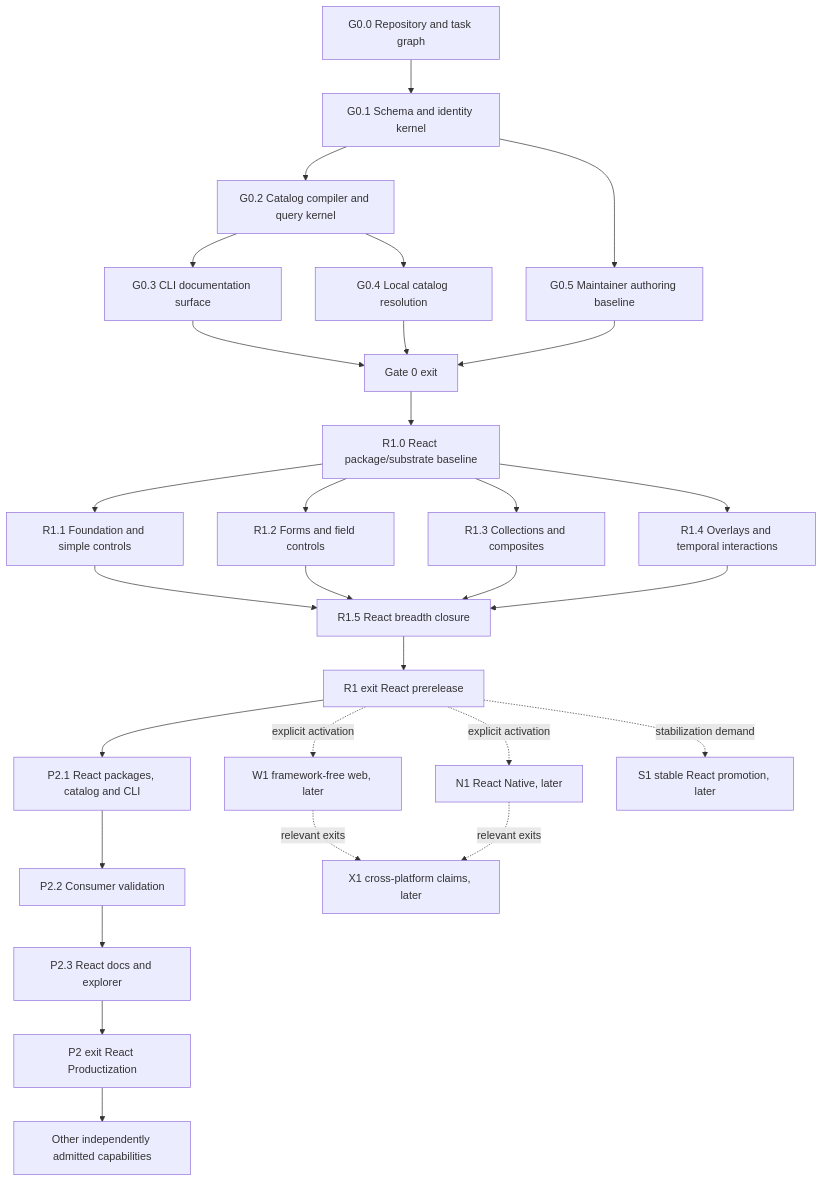
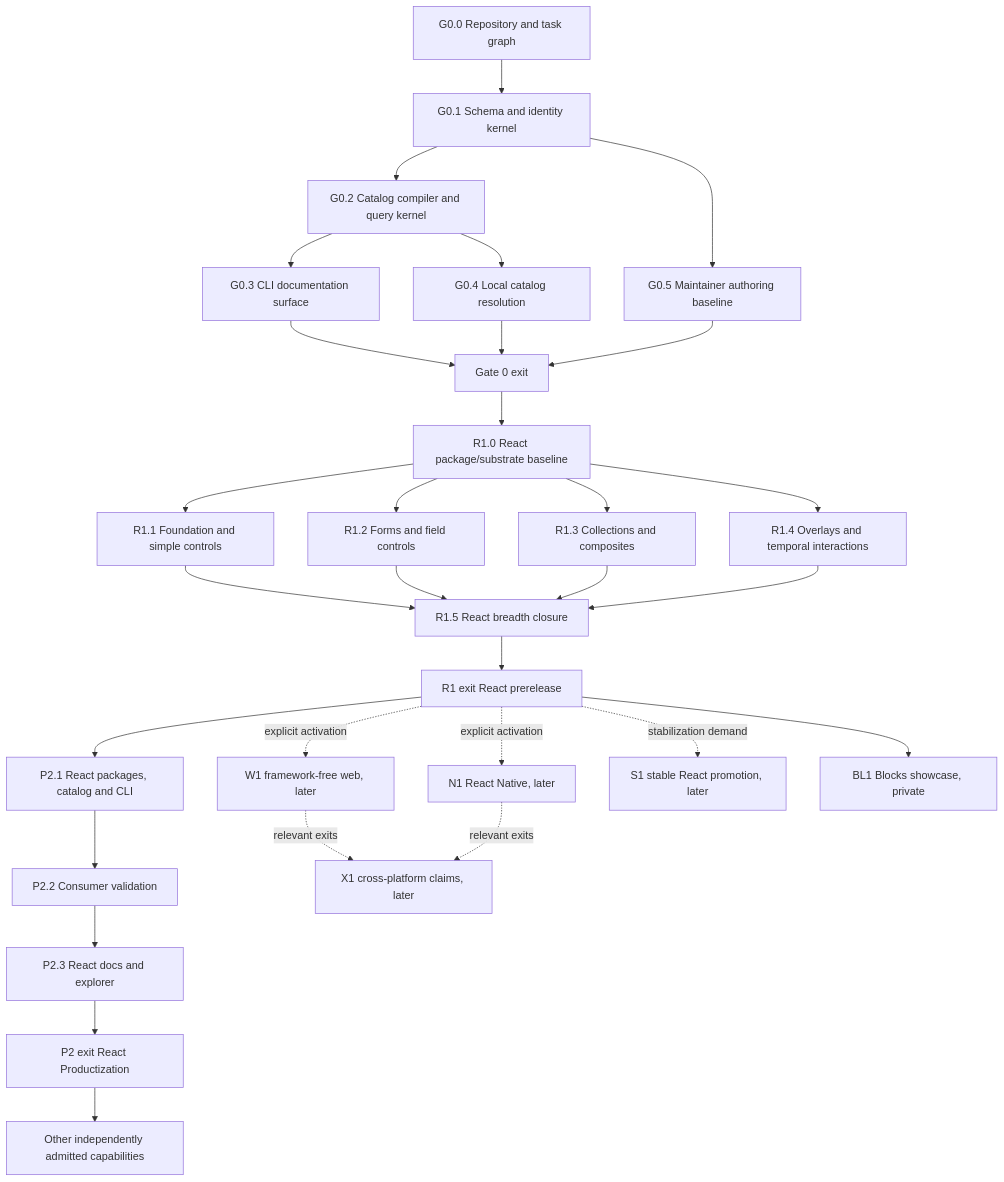
The diagram in strategy/milestone-roadmap.md (ndrewtran/muxui), drawn with Mermaid before and after one commit. The commit also changed other lines of this file and 6 other files, not shown here.

First line of the commit message:
docs(scope): admit the private Blocks showcase (Decision 0026) (#221)

````diff
--- a/strategy/milestone-roadmap.md
+++ b/strategy/milestone-roadmap.md
@@ -200,55 +200,57 @@
 ```mermaid
 flowchart TD
   g00["G0.0 Repository and task graph"]
   g01["G0.1 Schema and identity kernel"]
   g02["G0.2 Catalog compiler and query kernel"]
   g03["G0.3 CLI documentation surface"]
   g04["G0.4 Local catalog resolution"]
   g05["G0.5 Maintainer authoring baseline"]
   gate0["Gate 0 exit"]
 
   r10["R1.0 React package/substrate baseline"]
   r11["R1.1 Foundation and simple controls"]
   r12["R1.2 Forms and field controls"]
   r13["R1.3 Collections and composites"]
   r14["R1.4 Overlays and temporal interactions"]
   r15["R1.5 React breadth closure"]
   r1exit["R1 exit React prerelease"]
 
   p21["P2.1 React packages, catalog and CLI"]
   p22["P2.2 Consumer validation"]
   p23["P2.3 React docs and explorer"]
   p2exit["P2 exit React Productization"]
 
   w1["W1 framework-free web, later"]
   n1["N1 React Native, later"]
   x1["X1 cross-platform claims, later"]
   s1["S1 stable React promotion, later"]
+  bl1["BL1 Blocks showcase, private"]
   optional["Other independently admitted capabilities"]
 
   g00 --> g01 --> g02 --> g03
   g02 --> g04
   g01 --> g05
   g03 --> gate0
   g04 --> gate0
   g05 --> gate0
 
   gate0 --> r10
   r10 --> r11
   r10 --> r12
   r10 --> r13
   r10 --> r14
   r11 --> r15
   r12 --> r15
   r13 --> r15
   r14 --> r15
   r15 --> r1exit
 
   r1exit --> p21 --> p22 --> p23 --> p2exit
   r1exit -. explicit activation .-> w1
   r1exit -. explicit activation .-> n1
   w1 -. relevant exits .-> x1
   n1 -. relevant exits .-> x1
   r1exit -. stabilization demand .-> s1
+  r1exit --> bl1
   p2exit --> optional
 ```
````
